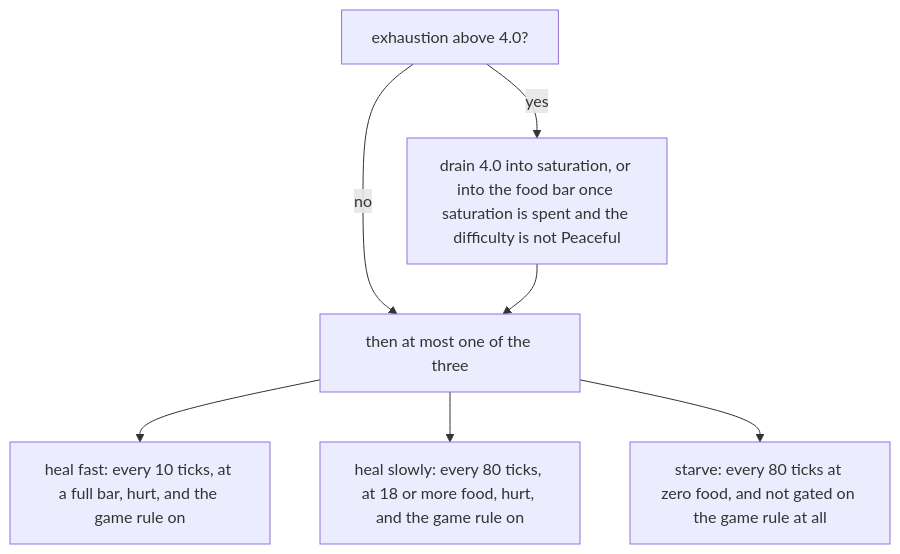
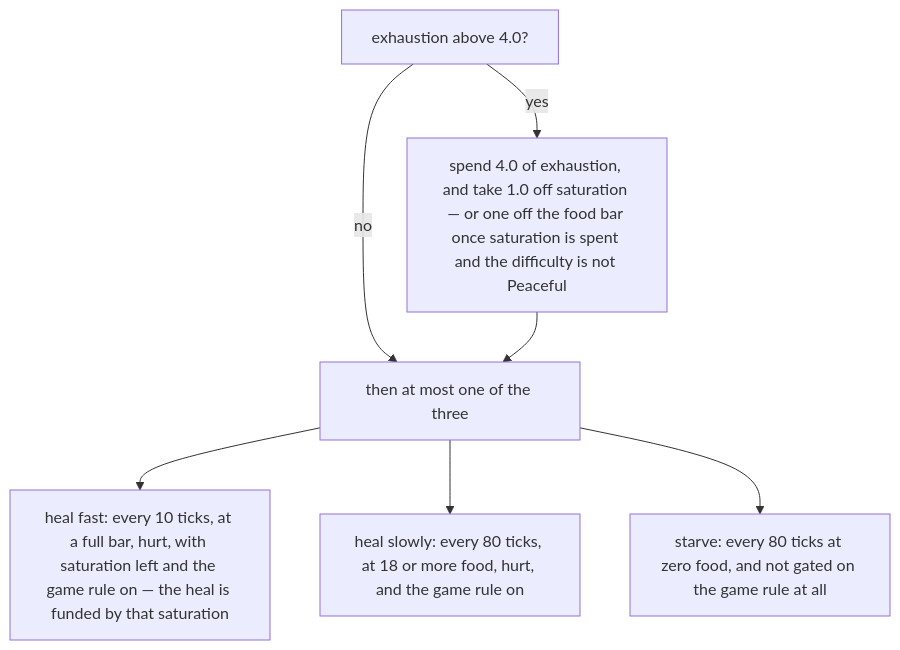
One commit to AlexanderjFraser/MinecraftDocs changed the first of 2 diagrams in src/systems/player/hunger-and-experience.md. Above: the diagram before and after it, drawn with Mermaid. The commit also changed other lines of this file and 11 other files, not shown here.

````diff
--- a/src/systems/player/hunger-and-experience.md
+++ b/src/systems/player/hunger-and-experience.md
@@ -66,10 +67,10 @@
 ```mermaid
 flowchart TD
     EX["exhaustion above 4.0?"]
-    EX -- "yes" --> DRAIN["drain 4.0 into saturation, or into the food bar once saturation is spent and the difficulty is not Peaceful"]
+    EX -- "yes" --> DRAIN["spend 4.0 of exhaustion, and take 1.0 off saturation — or one off the food bar once saturation is spent and the difficulty is not Peaceful"]
     EX -- "no" --> CHAIN
     DRAIN --> CHAIN["then at most one of the three"]
-    CHAIN --> FAST["heal fast: every 10 ticks, at a full bar, hurt, and the game rule on"]
+    CHAIN --> FAST["heal fast: every 10 ticks, at a full bar, hurt, with saturation left and the game rule on — the heal is funded by that saturation"]
     CHAIN --> SLOW["heal slowly: every 80 ticks, at 18 or more food, hurt, and the game rule on"]
     CHAIN --> STARVE["starve: every 80 ticks at zero food, and not gated on the game rule at all"]
 ```
````
